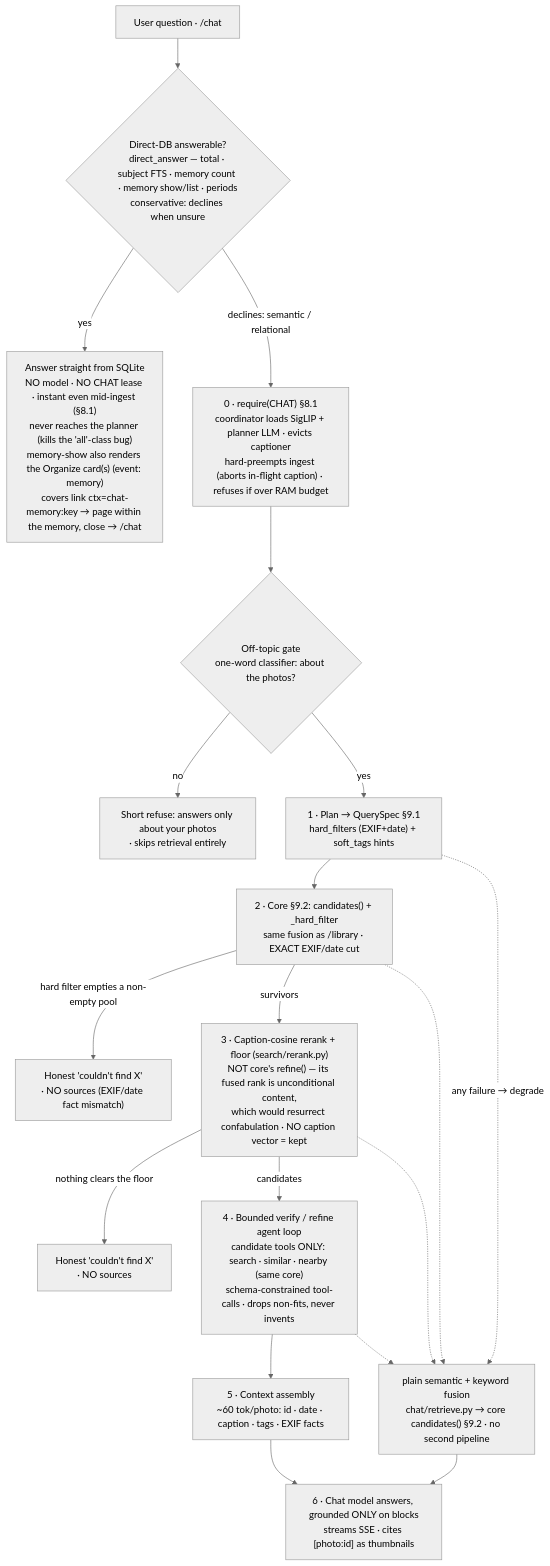
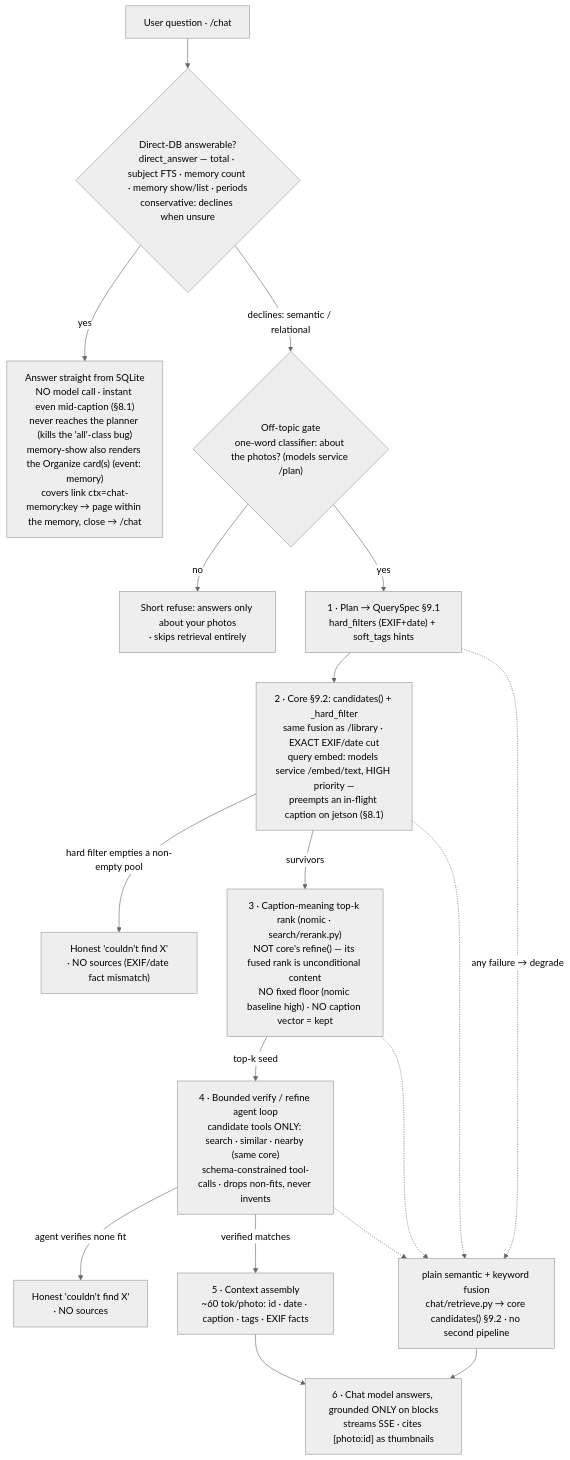
The fifth of 6 diagrams in docs/design.md (sadensmol/ivms777), drawn with Mermaid (neutral theme) before and after one commit. The commit also changed other lines of this file and 82 other files, not shown here.

````diff
--- a/docs/design.md
+++ b/docs/design.md
@@ -1248,22 +1444,21 @@
 ```mermaid
 flowchart TB
     quest["User question · /chat"] --> direct{"Direct-DB answerable?<br/>direct_answer — total · subject FTS · memory count · memory show/list · periods<br/>conservative: declines when unsure"}
-    direct -->|yes| dbans["Answer straight from SQLite<br/>NO model · NO CHAT lease · instant even mid-ingest (§8.1)<br/>never reaches the planner (kills the 'all'-class bug)<br/>memory-show also renders the Organize card(s) (event: memory)<br/>covers link ctx=chat-memory:key → page within the memory, close → /chat"]
-    direct -->|declines: semantic / relational| lease["0 · require(CHAT) §8.1<br/>coordinator loads SigLIP + planner LLM · evicts captioner<br/>hard-preempts ingest (aborts in-flight caption) · refuses if over RAM budget"]
-    lease --> gate{"Off-topic gate<br/>one-word classifier: about the photos?"}
+    direct -->|yes| dbans["Answer straight from SQLite<br/>NO model call · instant even mid-caption (§8.1)<br/>never reaches the planner (kills the 'all'-class bug)<br/>memory-show also renders the Organize card(s) (event: memory)<br/>covers link ctx=chat-memory:key → page within the memory, close → /chat"]
+    direct -->|declines: semantic / relational| gate{"Off-topic gate<br/>one-word classifier: about the photos? (models service /plan)"}
     gate -->|no| refuse["Short refuse: answers only about your photos<br/>· skips retrieval entirely"]
     gate -->|yes| plan["1 · Plan → QuerySpec §9.1<br/>hard_filters (EXIF+date) + soft_tags hints"]
-    plan --> core["2 · Core §9.2: candidates() + _hard_filter<br/>same fusion as /library · EXACT EXIF/date cut"]
+    plan --> core["2 · Core §9.2: candidates() + _hard_filter<br/>same fusion as /library · EXACT EXIF/date cut<br/>query embed: models service /embed/text, HIGH priority —<br/>preempts an in-flight caption on jetson (§8.1)"]
     core -->|hard filter empties a non-empty pool| honestfilter["Honest 'couldn't find X'<br/>· NO sources (EXIF/date fact mismatch)"]
-    core -->|survivors| rerank["3 · Caption-cosine rerank + floor (search/rerank.py)<br/>NOT core's refine() — its fused rank is unconditional content,<br/>which would resurrect confabulation · NO caption vector = kept"]
-    rerank -->|nothing clears the floor| honest["Honest 'couldn't find X'<br/>· NO sources"]
-    rerank -->|candidates| loop["4 · Bounded verify / refine agent loop<br/>candidate tools ONLY: search · similar · nearby (same core)<br/>schema-constrained tool-calls · drops non-fits, never invents"]
-    loop --> ctx["5 · Context assembly<br/>~60 tok/photo: id · date · caption · tags · EXIF facts"]
+    core -->|survivors| rerank["3 · Caption-meaning top-k rank (nomic · search/rerank.py)<br/>NOT core's refine() — its fused rank is unconditional content<br/>NO fixed floor (nomic baseline high) · NO caption vector = kept"]
+    rerank -->|top-k seed| loop["4 · Bounded verify / refine agent loop<br/>candidate tools ONLY: search · similar · nearby (same core)<br/>schema-constrained tool-calls · drops non-fits, never invents"]
+    loop -->|agent verifies none fit| honest["Honest 'couldn't find X'<br/>· NO sources"]
+    loop -->|verified matches| ctx["5 · Context assembly<br/>~60 tok/photo: id · date · caption · tags · EXIF facts"]
     ctx --> ans["6 · Chat model answers, grounded ONLY on blocks<br/>streams SSE · cites [photo:id] as thumbnails"]
 
     plan -.->|any failure → degrade| fb["plain semantic + keyword fusion<br/>chat/retrieve.py → core candidates() §9.2 · no second pipeline"]
     core -.-> fb
     rerank -.-> fb
     loop -.-> fb
     fb --> ans
 ```
````
